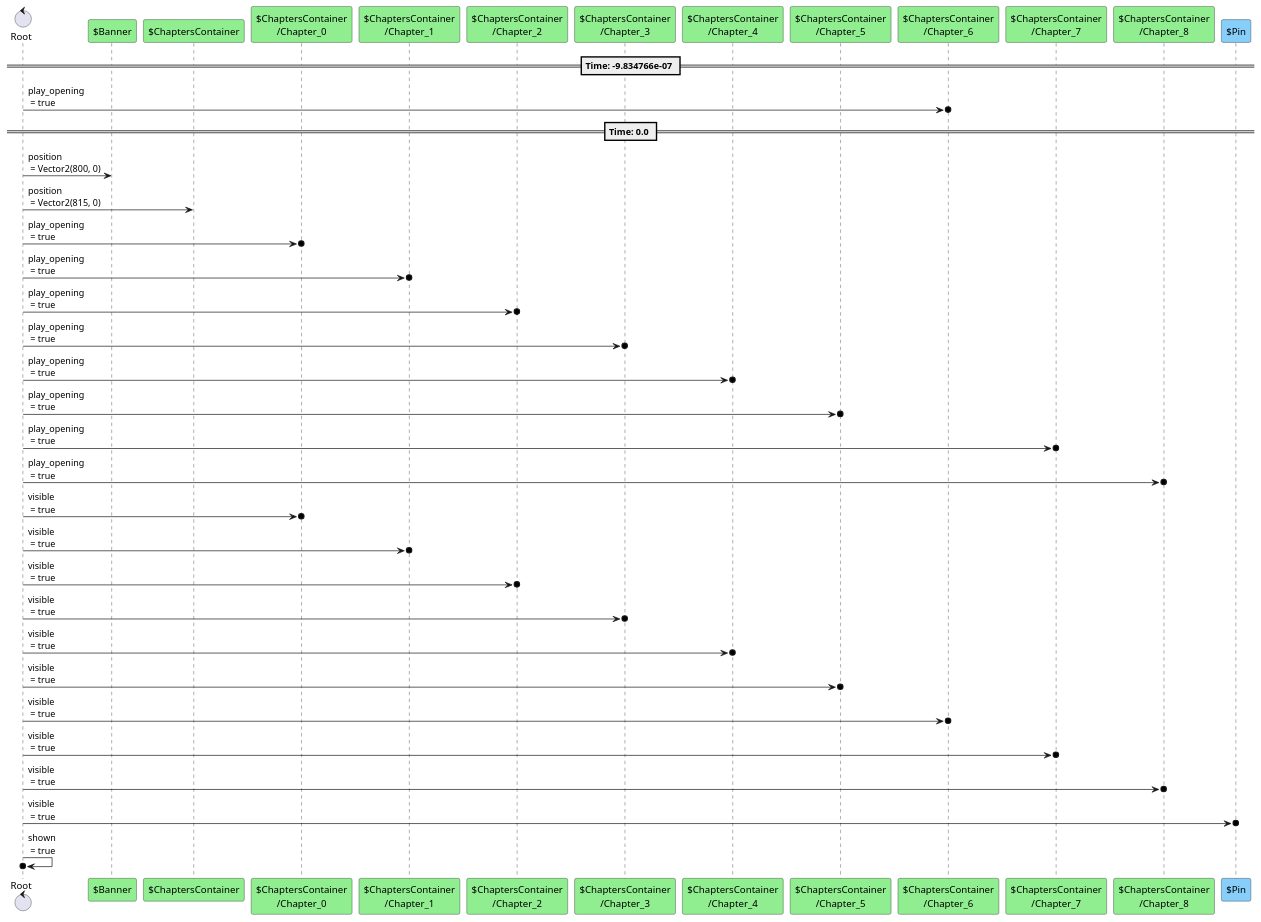
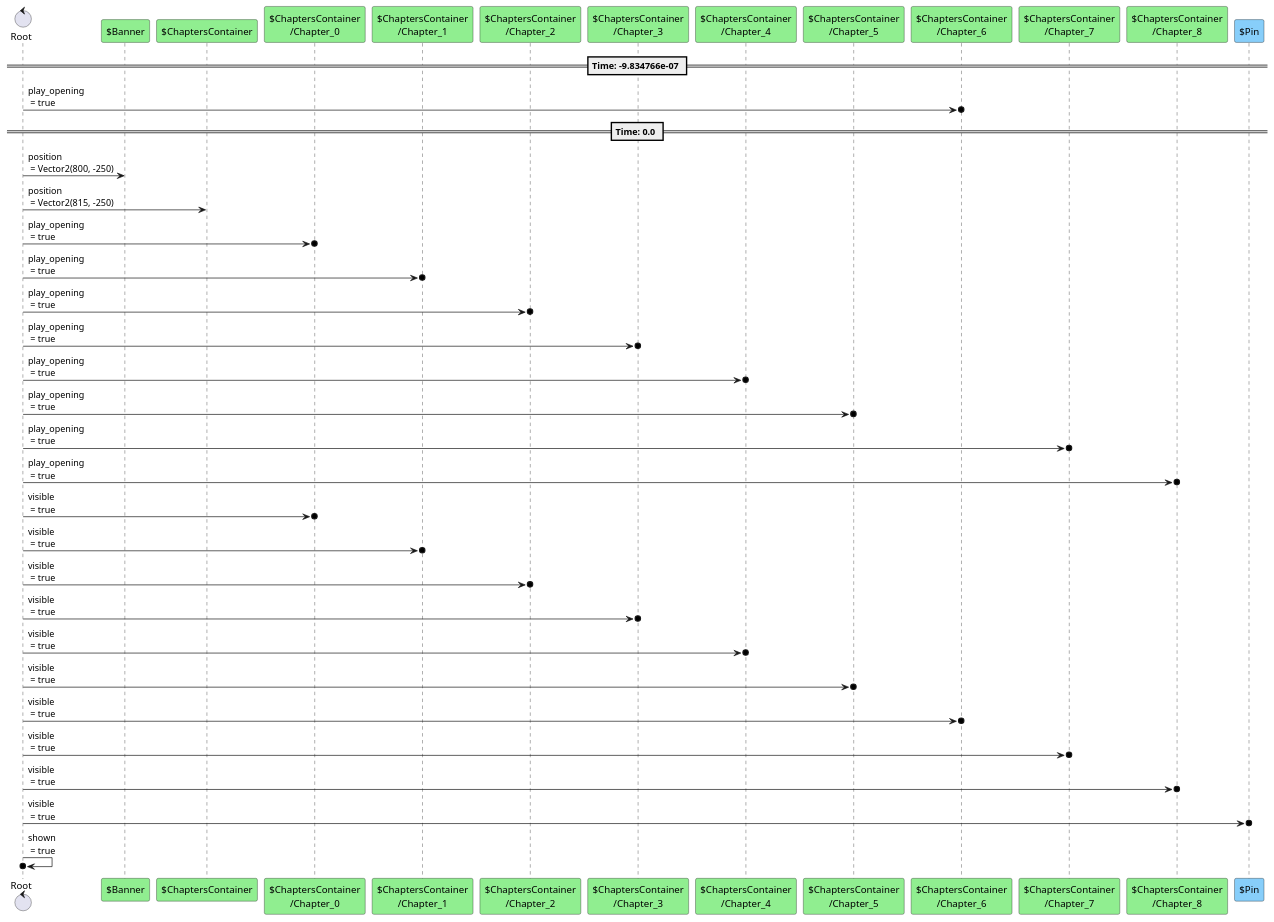
Before and after one commit to tkmfujise/Platformer-Game-Learning: diagram 16 of 25 in content/scenes/src/beginning/chapters/chapters.tscn.adoc, drawn with PlantUML. The commit also changed other lines of this file and 31 other files, not shown here.

```diff
--- a/content/scenes/src/beginning/chapters/chapters.tscn.adoc
+++ b/content/scenes/src/beginning/chapters/chapters.tscn.adoc
@@ -766,45 +770,45 @@
 [plantuml]
 ....
 control "Root" as R
 participant "$Banner" as T0 #90EE90
 participant "$ChaptersContainer" as T1 #90EE90
 participant "$ChaptersContainer\n/Chapter_0" as T2 #90EE90
 participant "$ChaptersContainer\n/Chapter_1" as T3 #90EE90
 participant "$ChaptersContainer\n/Chapter_2" as T4 #90EE90
 participant "$ChaptersContainer\n/Chapter_3" as T5 #90EE90
 participant "$ChaptersContainer\n/Chapter_4" as T6 #90EE90
 participant "$ChaptersContainer\n/Chapter_5" as T7 #90EE90
 participant "$ChaptersContainer\n/Chapter_6" as T8 #90EE90
 participant "$ChaptersContainer\n/Chapter_7" as T9 #90EE90
 participant "$ChaptersContainer\n/Chapter_8" as T10 #90EE90
 participant "$Pin" as T20 #87CEFA
 
 
 
 == Time: -9.834766e-07 ==
 R  ->o  T8 : play_opening\n = true
 == Time: 0.0 ==
-R  ->  T0 : position\n = Vector2(800, 0)
-R  ->  T1 : position\n = Vector2(815, 0)
+R  ->  T0 : position\n = Vector2(800, -250)
+R  ->  T1 : position\n = Vector2(815, -250)
 R  ->o  T2 : play_opening\n = true
 R  ->o  T3 : play_opening\n = true
 R  ->o  T4 : play_opening\n = true
 R  ->o  T5 : play_opening\n = true
 R  ->o  T6 : play_opening\n = true
 R  ->o  T7 : play_opening\n = true
 R  ->o  T9 : play_opening\n = true
 R  ->o  T10 : play_opening\n = true
 R  ->o  T2 : visible\n = true
 R  ->o  T3 : visible\n = true
 R  ->o  T4 : visible\n = true
 R  ->o  T5 : visible\n = true
 R  ->o  T6 : visible\n = true
 R  ->o  T7 : visible\n = true
 R  ->o  T8 : visible\n = true
 R  ->o  T9 : visible\n = true
 R  ->o  T10 : visible\n = true
 R  ->o  T20 : visible\n = true
 R  ->o  R : shown\n = true
 
 
 ....
```
